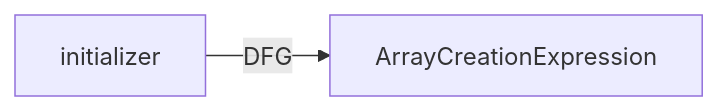
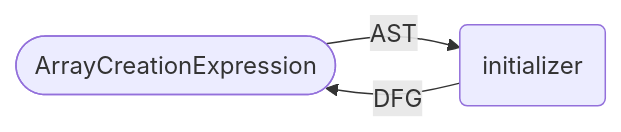
The ninth of 19 diagrams in cpg-core/specifications/dfg.md (Fraunhofer-AISEC/cpg), drawn with Mermaid before and after one commit. The commit also changed other lines of this file, not shown here.

Commit message:
Playing around with mermaid

````diff
--- a/cpg-core/specifications/dfg.md
+++ b/cpg-core/specifications/dfg.md
@@ -109,4 +126,5 @@
   ```mermaid
   flowchart LR
-    initializer -- DFG --> ArrayCreationExpression
+    node([ArrayCreationExpression]) -- AST --> initializer(initializer)
+    initializer -- DFG --> node
   ```
````
